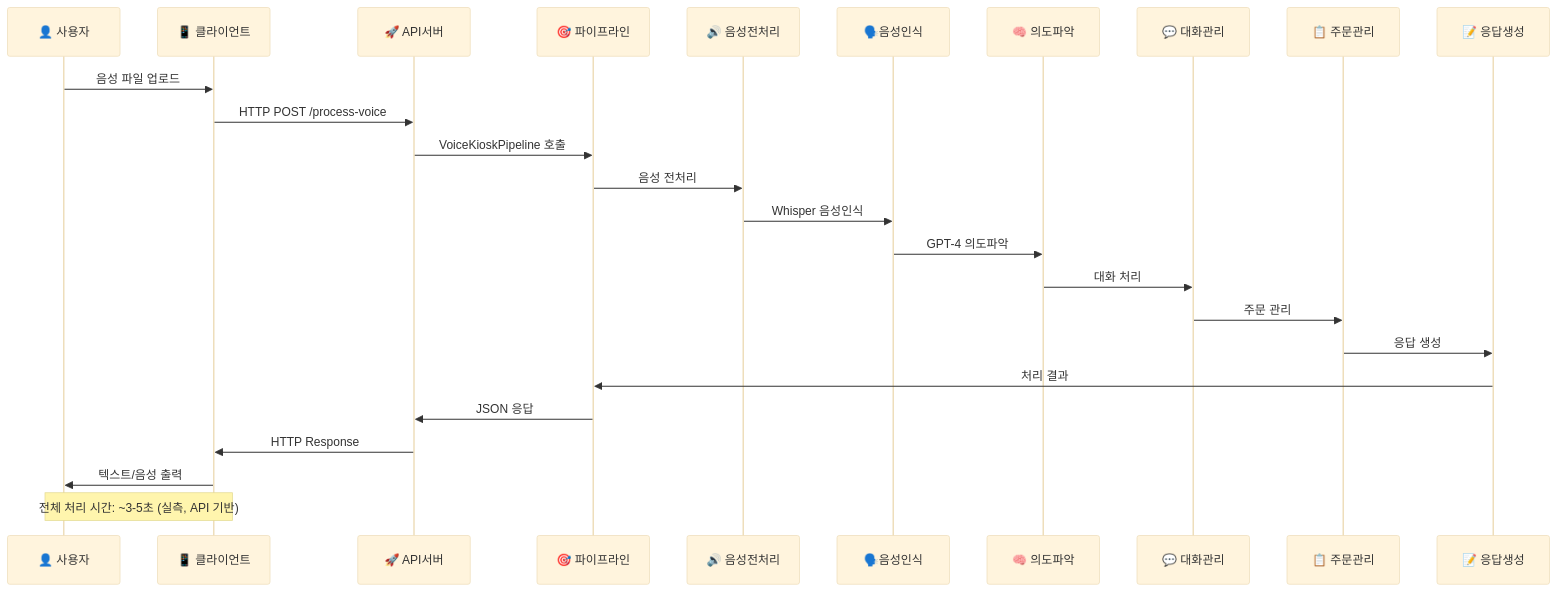
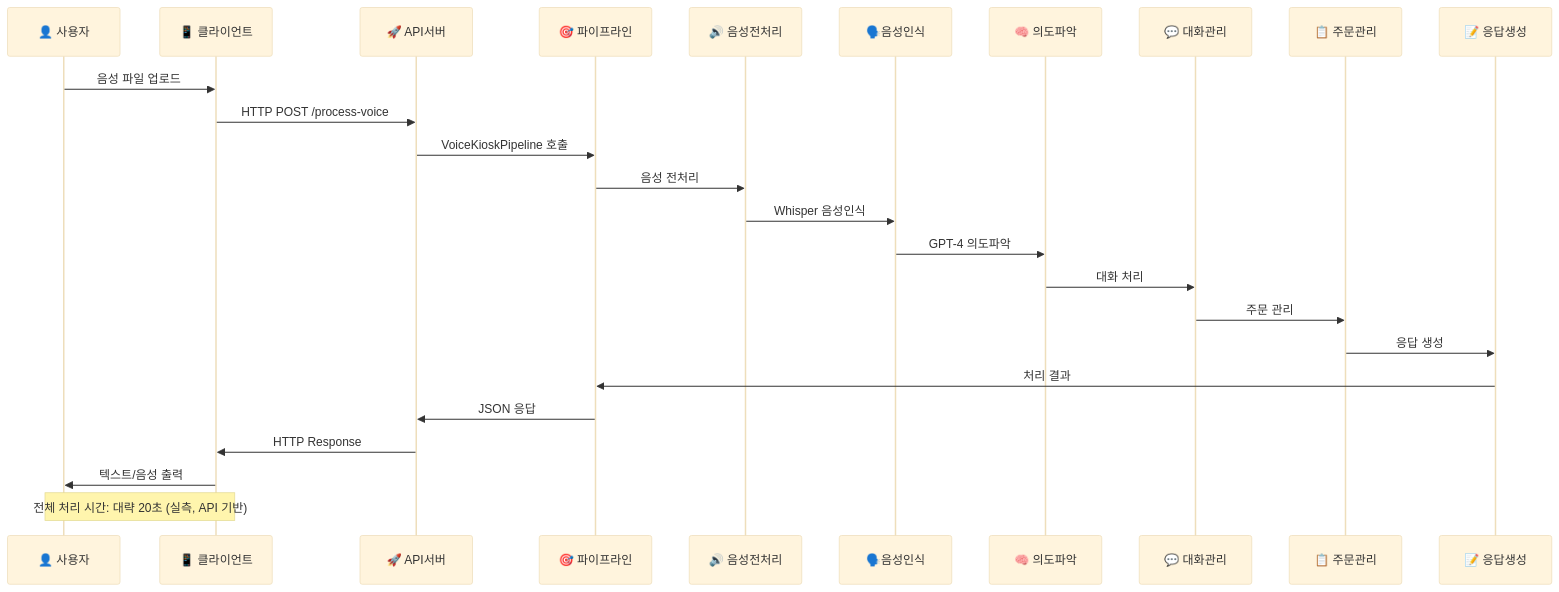
One commit to melpes/kiosk changed the second of 7 diagrams in architecture_diagrams.md. Above: the diagram before and after it, drawn with Mermaid (base theme). The commit also changed other lines of this file, not shown here.

First line of the commit message:
Update architecture_diagrams.md

````diff
--- a/architecture_diagrams.md
+++ b/architecture_diagrams.md
@@ -89,29 +89,29 @@
 ```mermaid
 sequenceDiagram
     participant U as 👤 사용자
     participant C as 📱 클라이언트
     participant API as 🚀 API서버
     participant P as 🎯 파이프라인
     participant A as 🔊 음성전처리
     participant S as 🗣️음성인식
     participant I as 🧠 의도파악
     participant D as 💬 대화관리
     participant O as 📋 주문관리
     participant R as 📝 응답생성
     
     U->>C: 음성 파일 업로드
     C->>API: HTTP POST /process-voice
     API->>P: VoiceKioskPipeline 호출
     P->>A: 음성 전처리
     A->>S: Whisper 음성인식
     S->>I: GPT-4 의도파악
     I->>D: 대화 처리
     D->>O: 주문 관리
     O->>R: 응답 생성
     R->>P: 처리 결과
     P->>API: JSON 응답
     API->>C: HTTP Response
     C->>U: 텍스트/음성 출력
     
-    Note over U,C: 전체 처리 시간: ~3-5초 (실측, API 기반)
+    Note over U,C: 전체 처리 시간: 대략 20초 (실측, API 기반)
 ```
````
